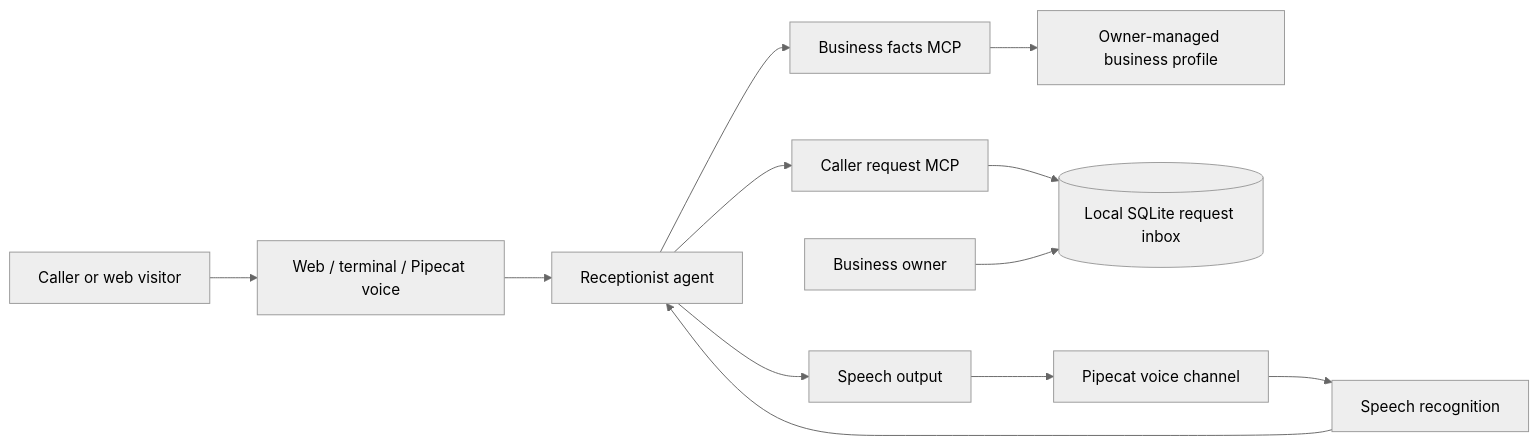
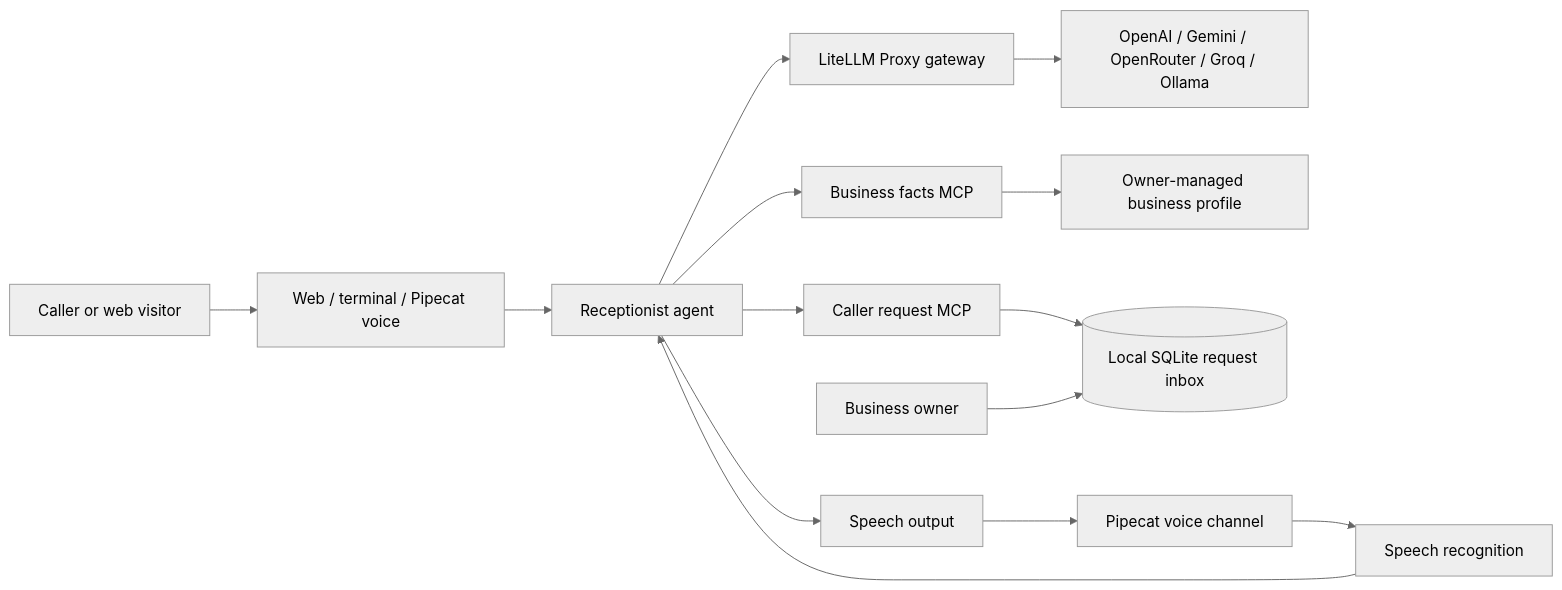
Before and after one commit to Ash19820/Ai-Receptionist: the diagram in README.md, drawn with Mermaid (neutral theme). The commit also changed other lines of this file and 12 other files, not shown here.

Commit message:
Add LiteLLM gateway routing for multiple providers

````diff
--- a/README.md
+++ b/README.md
@@ -63,14 +88,16 @@
 ```mermaid
 flowchart LR
   C[Caller or web visitor] --> CH[Web / terminal / Pipecat voice]
   CH --> A[Receptionist agent]
+  A --> G[LiteLLM Proxy gateway]
+  G --> L[OpenAI / Gemini / OpenRouter / Groq / Ollama]
   A --> BI[Business facts MCP]
   A --> RI[Caller request MCP]
   BI --> P[Owner-managed business profile]
   RI --> DB[(Local SQLite request inbox)]
   V[Business owner] --> DB
   PI[Pipecat voice channel] --> STT[Speech recognition]
   STT --> A
   A --> TTS[Speech output]
   TTS --> PI
 ```
````
